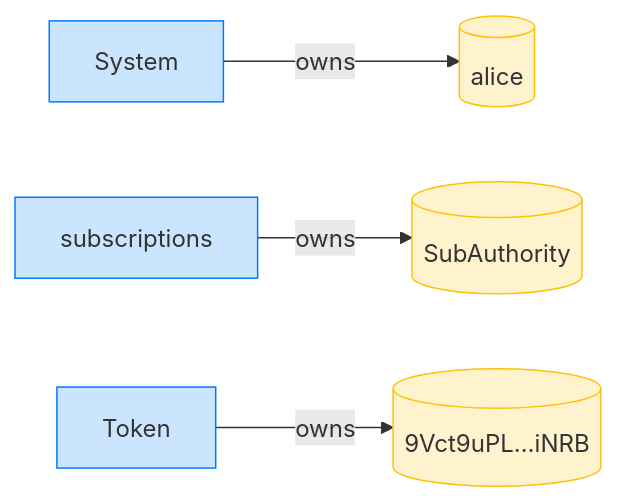
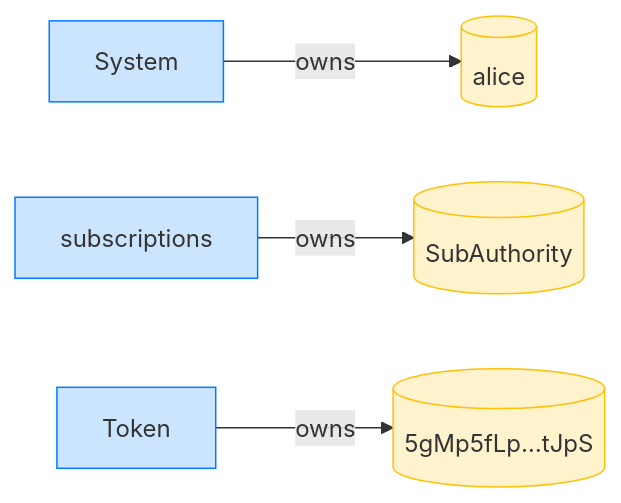
Before and after one commit to cds-rs/subscriptions: the fourth of 8 diagrams in dsl_tests/a-closed-authority-account-is-zeroed.md, drawn with Mermaid. The commit also changed other lines of this file and 224 other files, not shown here.

````diff
--- a/dsl_tests/a-closed-authority-account-is-zeroed.md
+++ b/dsl_tests/a-closed-authority-account-is-zeroed.md
@@ -71,14 +76,14 @@
 ```mermaid
 flowchart LR
     classDef owner fill:#cce5ff,stroke:#007bff;
     classDef account fill:#fff3cd,stroke:#ffc107;
     System[System]:::owner
     alice[(alice)]:::account
     subscriptions[subscriptions]:::owner
     SubAuthority[(SubAuthority)]:::account
     Token[Token]:::owner
-    9Vct9uPL_iNRB[("9Vct9uPL…iNRB")]:::account
+    5gMp5fLp_tJpS[("5gMp5fLp…tJpS")]:::account
     System -->|owns| alice
     subscriptions -->|owns| SubAuthority
-    Token -->|owns| 9Vct9uPL_iNRB
+    Token -->|owns| 5gMp5fLp_tJpS
 ```
````
